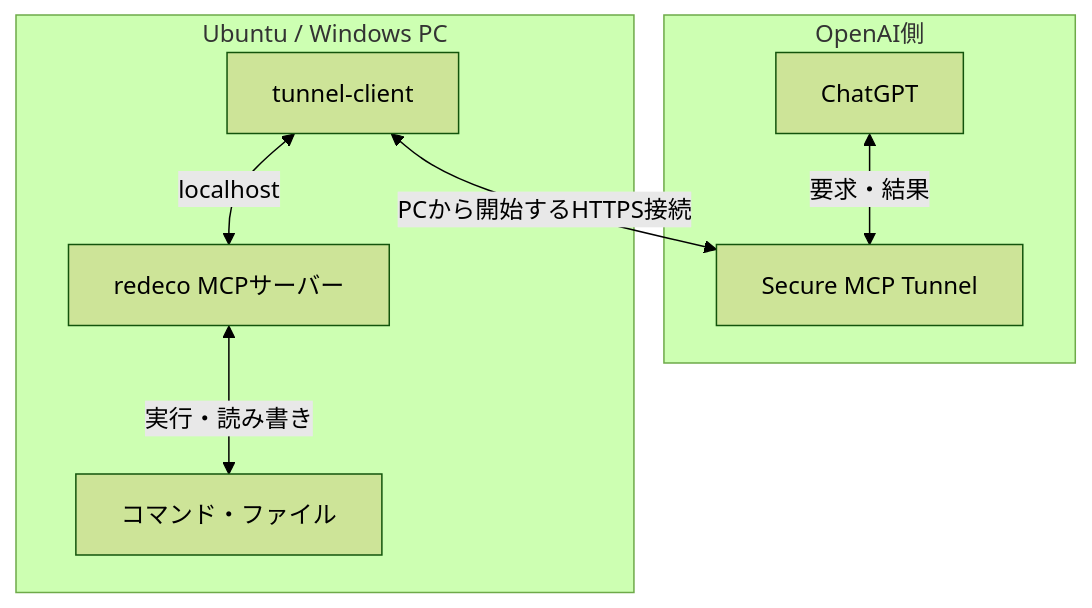
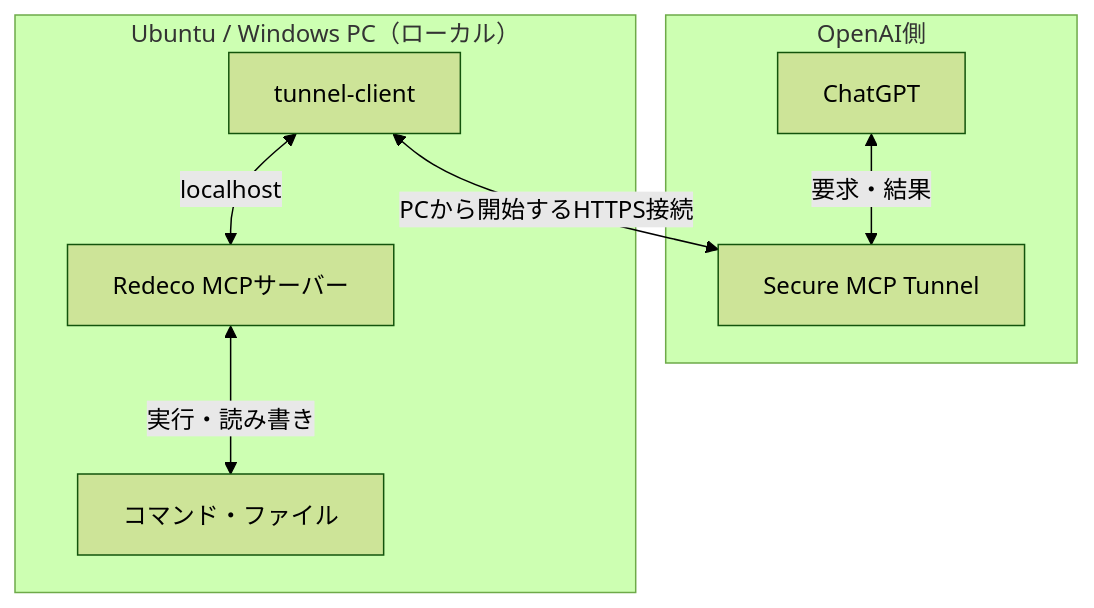
Before and after one commit to kkoch5t2/redeco: the diagram in README.md, drawn with Mermaid (forest theme). The commit also changed other lines of this file, not shown here.

````diff
--- a/README.md
+++ b/README.md
@@ -18,16 +53,16 @@
 ```mermaid
 flowchart TB
     subgraph cloud["OpenAI側"]
         chat["ChatGPT"]
         tunnel["Secure MCP Tunnel"]
         chat <-->|"要求・結果"| tunnel
     end
-    subgraph local["Ubuntu / Windows PC"]
+    subgraph local["Ubuntu / Windows PC（ローカル）"]
         client["tunnel-client"]
-        mcp["redeco MCPサーバー"]
+        mcp["Redeco MCPサーバー"]
         files["コマンド・ファイル"]
         client <-->|"localhost"| mcp
         mcp <-->|"実行・読み書き"| files
     end
     client <-->|"PCから開始するHTTPS接続"| tunnel
 ```
````
